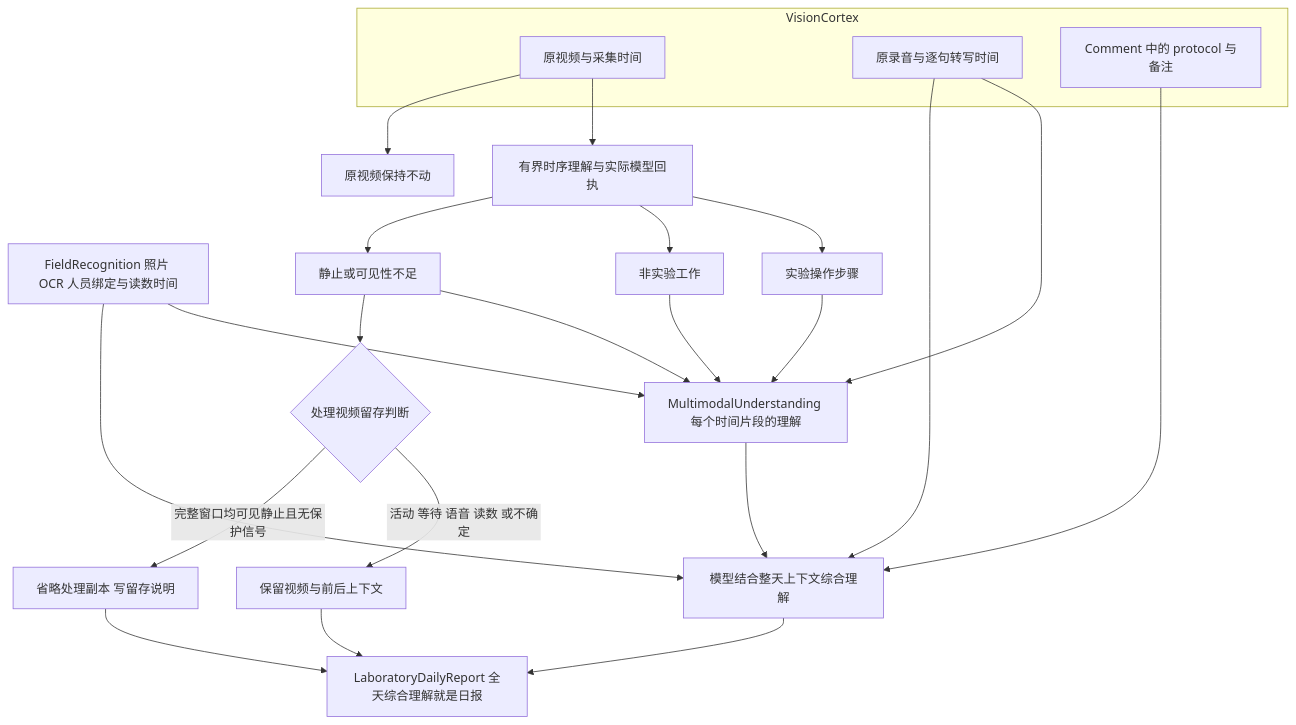
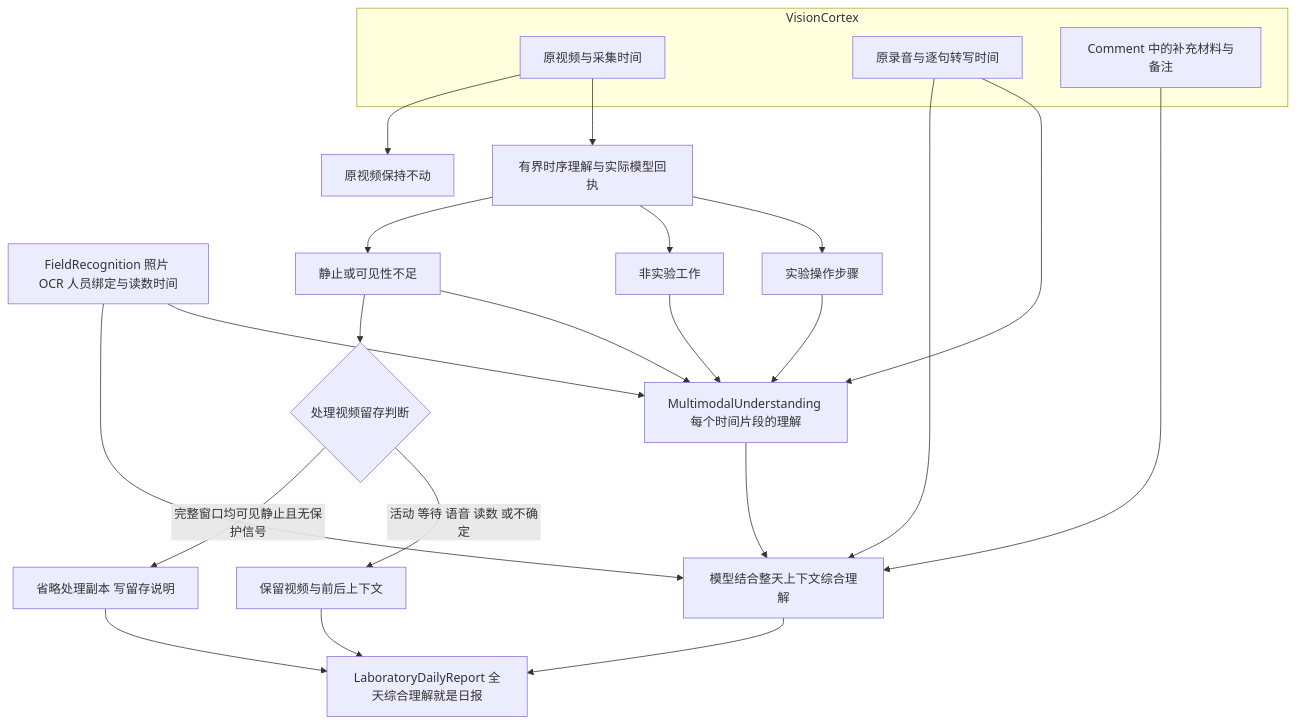
Before and after one commit to kealan-Jun/VisionCortex: the diagram in docs/operations/all-day-recording.zh-CN.md, drawn with Mermaid. The commit also changed other lines of this file and 3 other files, not shown here.

````diff
--- a/docs/operations/all-day-recording.zh-CN.md
+++ b/docs/operations/all-day-recording.zh-CN.md
@@ -115,29 +115,29 @@
 ```mermaid
 flowchart TD
     subgraph VisionCortex
         B[原视频与采集时间]
         C[原录音与逐句转写时间]
-        P[Comment 中的 protocol 与备注]
+        P[Comment 中的补充材料与备注]
     end
     D[FieldRecognition 照片 OCR 人员绑定与读数时间]
     B --> E[有界时序理解与实际模型回执]
     E --> F[实验操作步骤]
     E --> G[非实验工作]
     E --> H[静止或可见性不足]
     F --> M[MultimodalUnderstanding 每个时间片段的理解]
     G --> M
     H --> M
     C --> M
     D --> M
     M --> S[模型结合整天上下文综合理解]
     C --> S
     D --> S
     P --> S
     S --> I[LaboratoryDailyReport 全天综合理解就是日报]
     H --> J{处理视频留存判断}
     J -->|活动 等待 语音 读数 或不确定| K[保留视频与前后上下文]
     J -->|完整窗口均可见静止且无保护信号| L[省略处理副本 写留存说明]
     K --> I
     L --> I
     B --> O[原视频保持不动]
 ```
````
